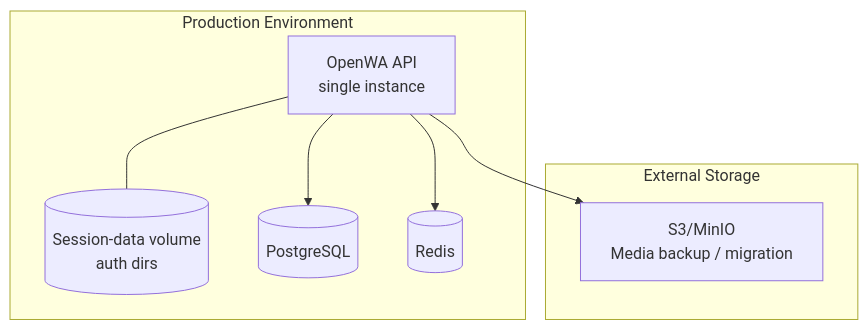
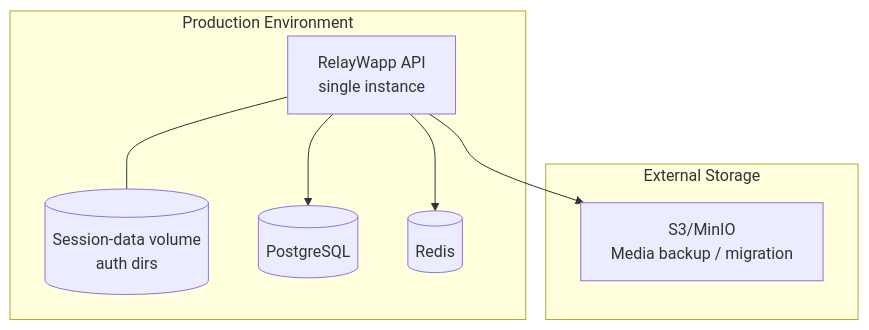
Diagram 15 of 24 in docs/03-system-architecture.md (FaisalKabirGalib/whitelabel-whatsapp-gateway), drawn with Mermaid before and after one commit. The commit also changed other lines of this file and 51 other files, not shown here.

Commit message:
docs: rebrand documentation for RelayWapp

````diff
--- a/docs/03-system-architecture.md
+++ b/docs/03-system-architecture.md
@@ -650,17 +650,17 @@
 ```mermaid
 flowchart TB
     subgraph Production["Production Environment"]
-        API[OpenWA API<br/>single instance]
+        API[RelayWapp API<br/>single instance]
         VOL[(Session-data volume<br/>auth dirs)]
 
         API --- VOL
         API --> DB[(PostgreSQL)]
         API --> REDIS[(Redis)]
     end
 
     subgraph Storage["External Storage"]
         S3[S3/MinIO<br/>Media backup / migration]
     end
 
     API --> S3
 ```
````
